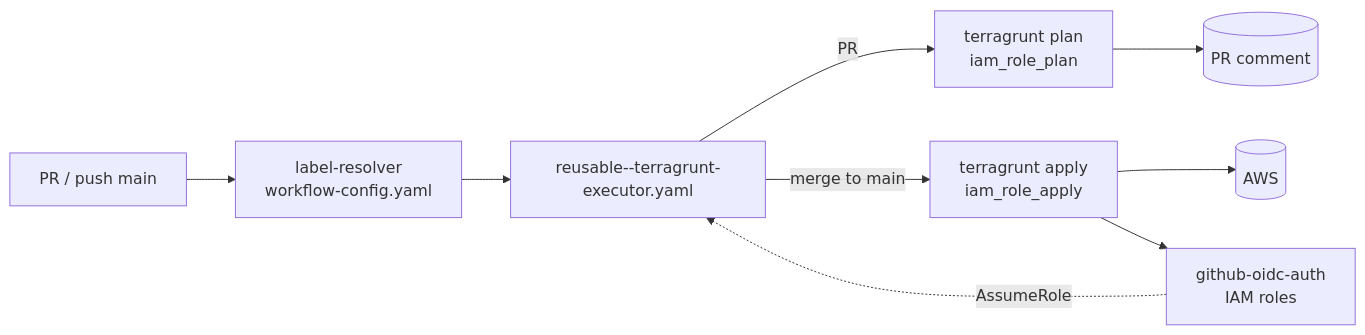
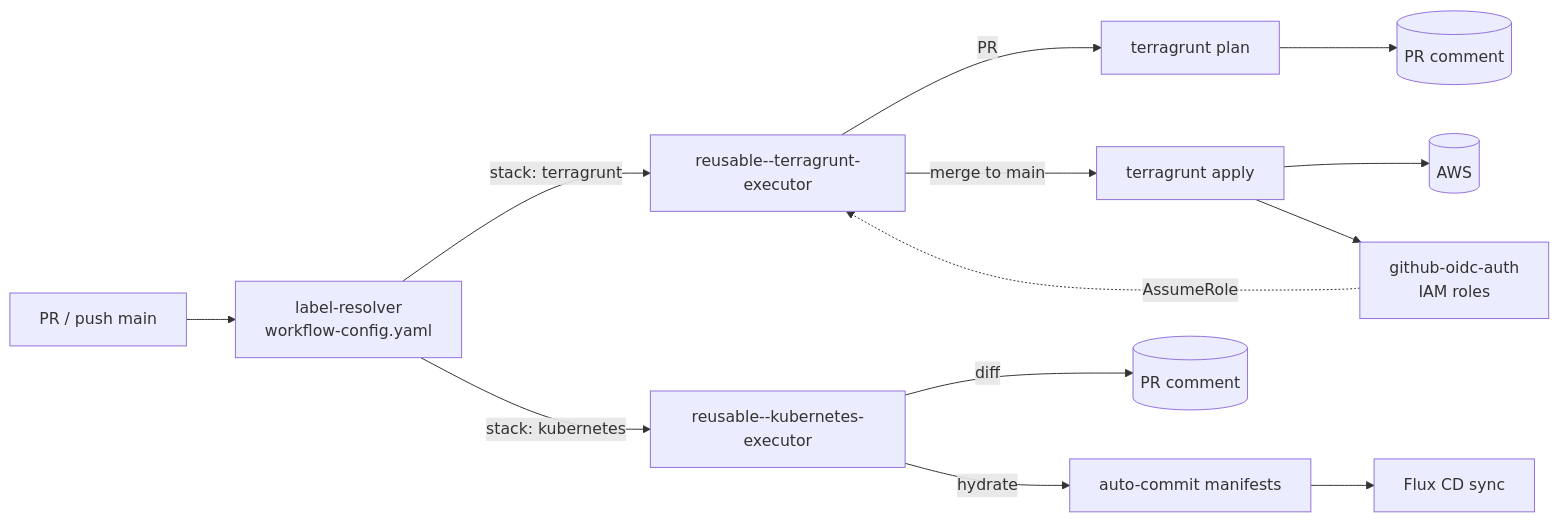
Before and after one commit to panicboat/platform: the diagram in README.md, drawn with Mermaid. The commit also changed other lines of this file and 5 other files, not shown here.

Commit message:
feat(kubernetes): add hydrate & diff CI pipeline (#169)

````diff
--- a/README.md
+++ b/README.md
@@ -55,11 +55,15 @@
 ```mermaid
 flowchart LR
   Trigger[PR / push main] --> Resolver[label-resolver<br/>workflow-config.yaml]
-  Resolver --> Executor[reusable--terragrunt-executor.yaml]
-  Executor -->|PR| Plan[terragrunt plan<br/>iam_role_plan]
-  Executor -->|merge to main| Apply[terragrunt apply<br/>iam_role_apply]
+  Resolver -->|stack: terragrunt| TG[reusable--terragrunt-executor]
+  TG -->|PR| Plan[terragrunt plan]
+  TG -->|merge to main| Apply[terragrunt apply]
   Plan --> PRComment[(PR comment)]
   Apply --> AWS[(AWS)]
   Apply --> OIDC[github-oidc-auth<br/>IAM roles]
-  OIDC -.->|AssumeRole| Executor
+  OIDC -.->|AssumeRole| TG
+  Resolver -->|stack: kubernetes| K8s[reusable--kubernetes-executor]
+  K8s -->|hydrate| Commit[auto-commit manifests]
+  K8s -->|diff| K8sComment[(PR comment)]
+  Commit --> FluxCD[Flux CD sync]
 ```
````
